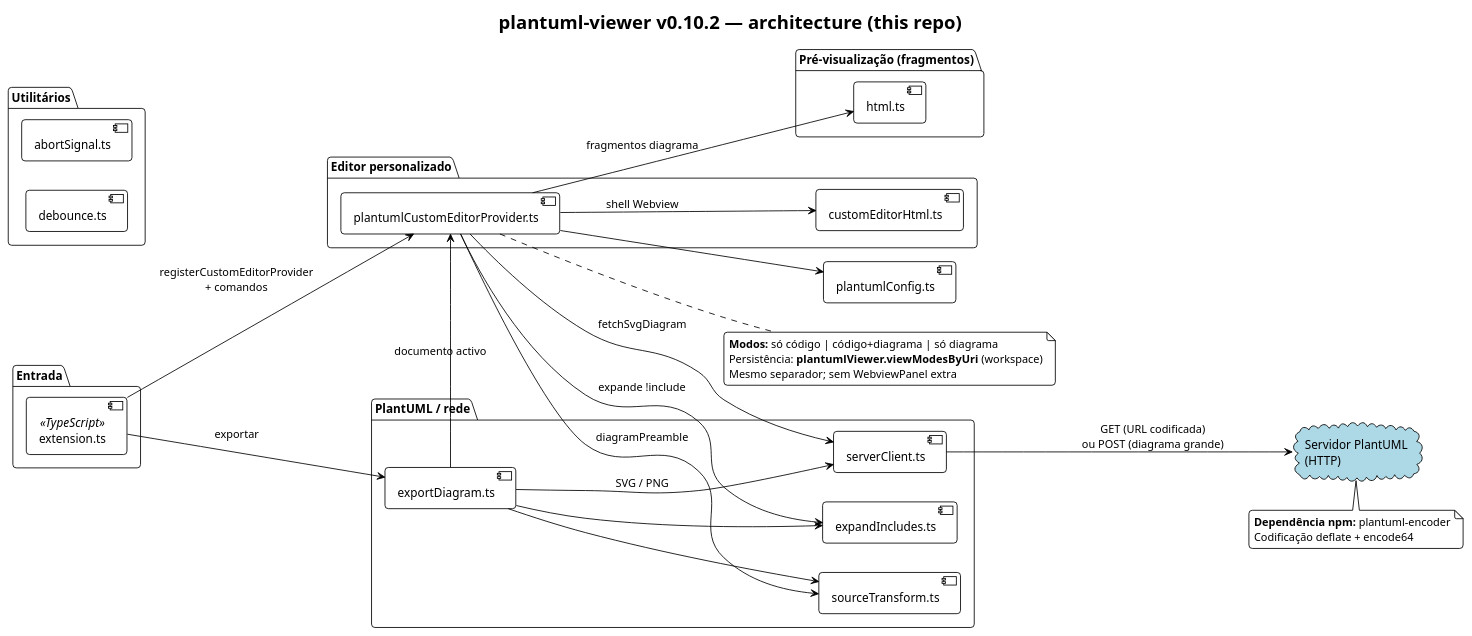
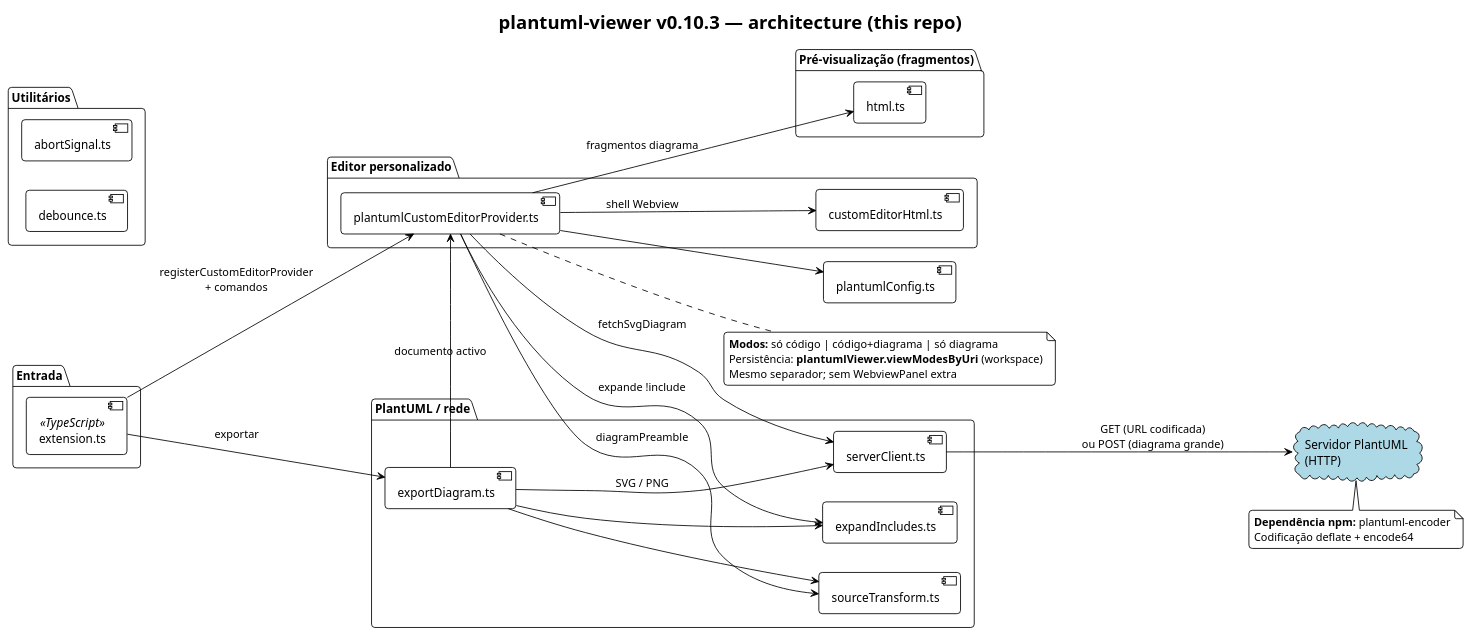
The diagram in examples/architecture.puml (manorfm/plantuml-plugin), drawn with PlantUML before and after one commit. The commit also changed 6 other files, not shown here.

```diff
--- a/examples/architecture.puml
+++ b/examples/architecture.puml
@@ -1,68 +1,68 @@
 @startuml
 !theme plain
 skinparam shadowing false
 skinparam roundcorner 8
 skinparam defaultFontName Verdana
 
-title plantuml-viewer v0.10.2 — architecture (this repo)
+title plantuml-viewer v0.10.3 — architecture (this repo)
 
 left to right direction
 
 package "Entrada" {
   component [extension.ts] as EXT <<TypeScript>>
 }
 
 package "Editor personalizado" {
   component [plantumlCustomEditorProvider.ts] as CEP
   component [customEditorHtml.ts] as CEH
 }
 
 package "Pré-visualização (fragmentos)" {
   component [html.ts] as HTML
 }
 
 package "PlantUML / rede" {
   component [serverClient.ts] as SC
   component [expandIncludes.ts] as INC
   component [exportDiagram.ts] as EXP
   component [sourceTransform.ts] as ST
 }
 
 component [plantumlConfig.ts] as CFG
 
 package "Utilitários" {
   component [abortSignal.ts] as AB
   component [debounce.ts] as DB
 }
 
 cloud "Servidor PlantUML\n(HTTP)" as SRV #LightBlue
 
 EXT --> CEP : registerCustomEditorProvider\n+ comandos
 EXT --> EXP : exportar
 
 CEP --> CEH : shell Webview
 CEP --> INC : expande !include
 CEP --> ST : diagramPreamble
 CEP --> SC : fetchSvgDiagram
 CEP --> HTML : fragmentos diagrama
 CEP --> CFG
 
 EXP --> INC
 EXP --> ST
 EXP --> SC : SVG / PNG
 EXP --> CEP : documento activo
 
 SC --> SRV : GET (URL codificada)\nou POST (diagrama grande)
 
 note right of CEP
   **Modos:** só código | código+diagrama | só diagrama
   Persistência: **plantumlViewer.viewModesByUri** (workspace)
   Mesmo separador; sem WebviewPanel extra
 end note
 
 note bottom of SRV
   **Dependência npm:** plantuml-encoder
   Codificação deflate + encode64
 end note
 
 @enduml
```
